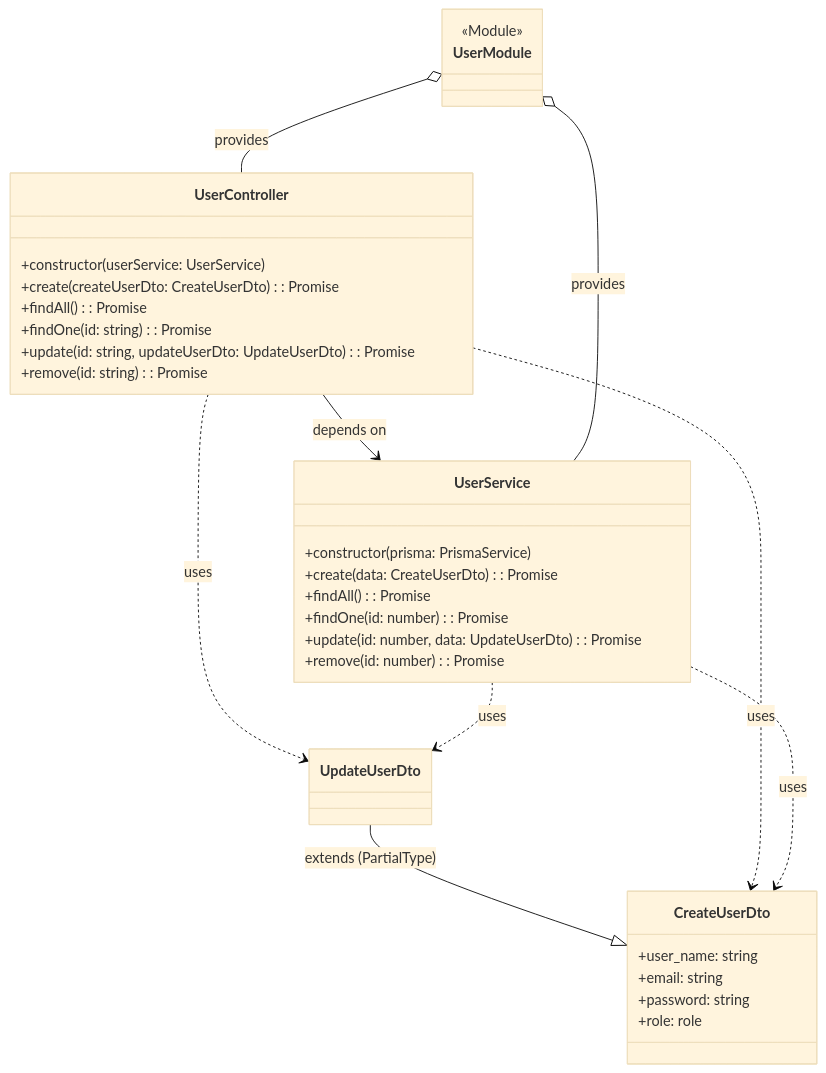
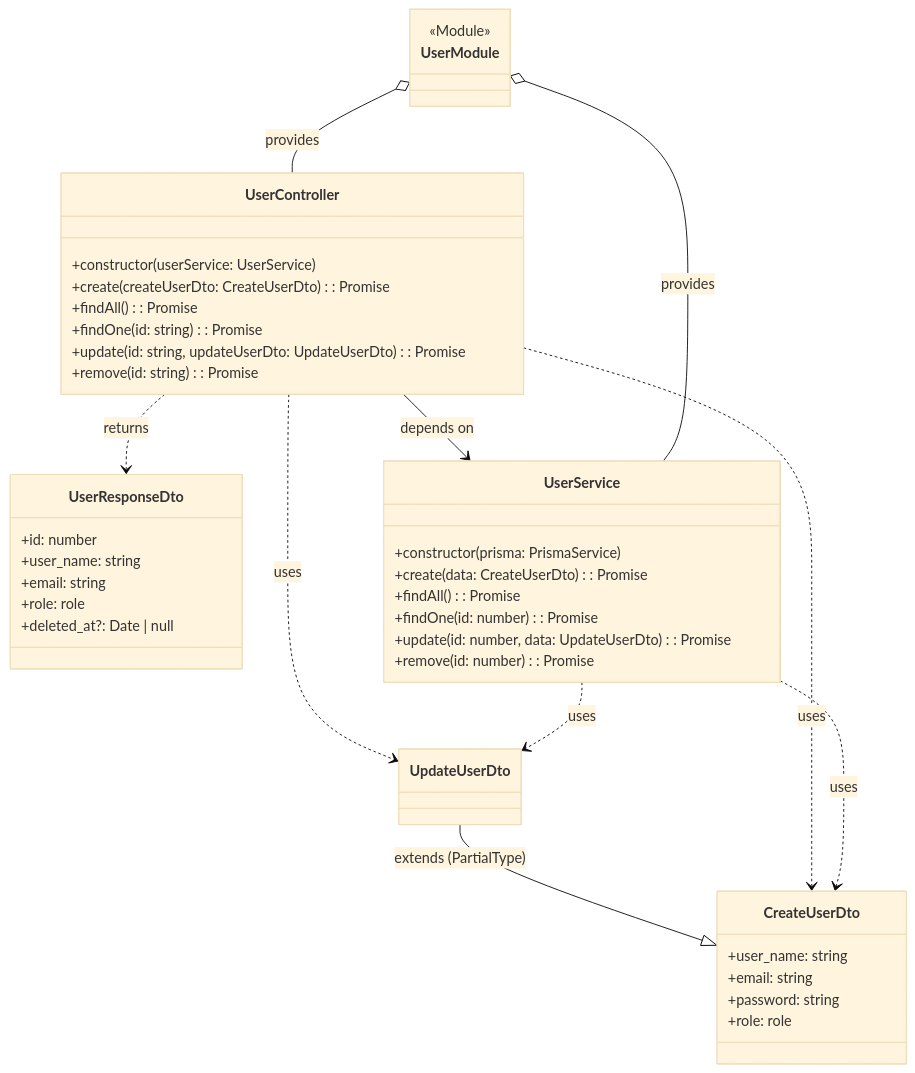
One commit to Ange230700/abyss_back changed the diagram in src/user/user.diagram.mmd. Above: the diagram before and after it, drawn with Mermaid (base theme). The commit also changed 4 other files, not shown here.

```diff
--- a/src/user/user.diagram.mmd
+++ b/src/user/user.diagram.mmd
@@ -1,46 +1,55 @@
 %% src\user\user.diagram.mmd
 
 classDiagram
     %% DTOs
     class CreateUserDto {
         +user_name: string
         +email: string
         +password: string
         +role: role
     }
     class UpdateUserDto
     UpdateUserDto --|> CreateUserDto : extends (PartialType)
 
+    class UserResponseDto {
+        +id: number
+        +user_name: string
+        +email: string
+        +role: role
+        +deleted_at?: Date | null
+    }
+
     %% Service
     class UserService {
         +constructor(prisma: PrismaService)
-        +create(data: CreateUserDto): Promise<User>
-        +findAll(): Promise<User[]>
-        +findOne(id: number): Promise<User>
-        +update(id: number, data: UpdateUserDto): Promise<User>
-        +remove(id: number): Promise<User>
+        +create(data: CreateUserDto): Promise<user>
+        +findAll(): Promise<user[]>
+        +findOne(id: number): Promise<user | null>
+        +update(id: number, data: UpdateUserDto): Promise<user>
+        +remove(id: number): Promise<user>
     }
 
     %% Controller
     class UserController {
         +constructor(userService: UserService)
-        +create(createUserDto: CreateUserDto): Promise<User>
-        +findAll(): Promise<User[]>
-        +findOne(id: string): Promise<User>
-        +update(id: string, updateUserDto: UpdateUserDto): Promise<User>
-        +remove(id: string): Promise<User>
+        +create(createUserDto: CreateUserDto): Promise<UserResponseDto>
+        +findAll(): Promise<UserResponseDto[]>
+        +findOne(id: string): Promise<UserResponseDto>
+        +update(id: string, updateUserDto: UpdateUserDto): Promise<UserResponseDto>
+        +remove(id: string): Promise<UserResponseDto>
     }
 
     %% Module
     class UserModule {
         <<Module>>
     }
 
     %% Relationships
     UserController --> UserService : depends on
     UserController ..> CreateUserDto : uses
     UserController ..> UpdateUserDto : uses
+    UserController ..> UserResponseDto : returns
     UserService ..> CreateUserDto : uses
     UserService ..> UpdateUserDto : uses
     UserModule o-- UserController : provides
     UserModule o-- UserService : provides
```
